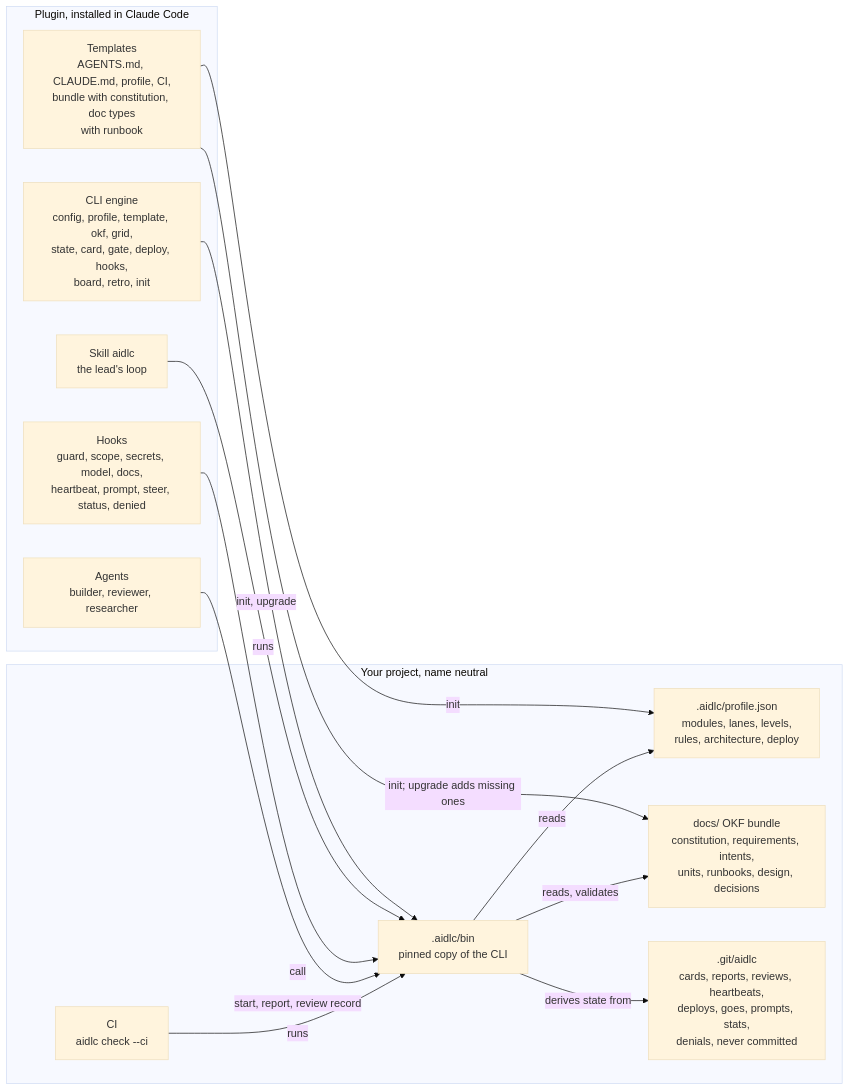
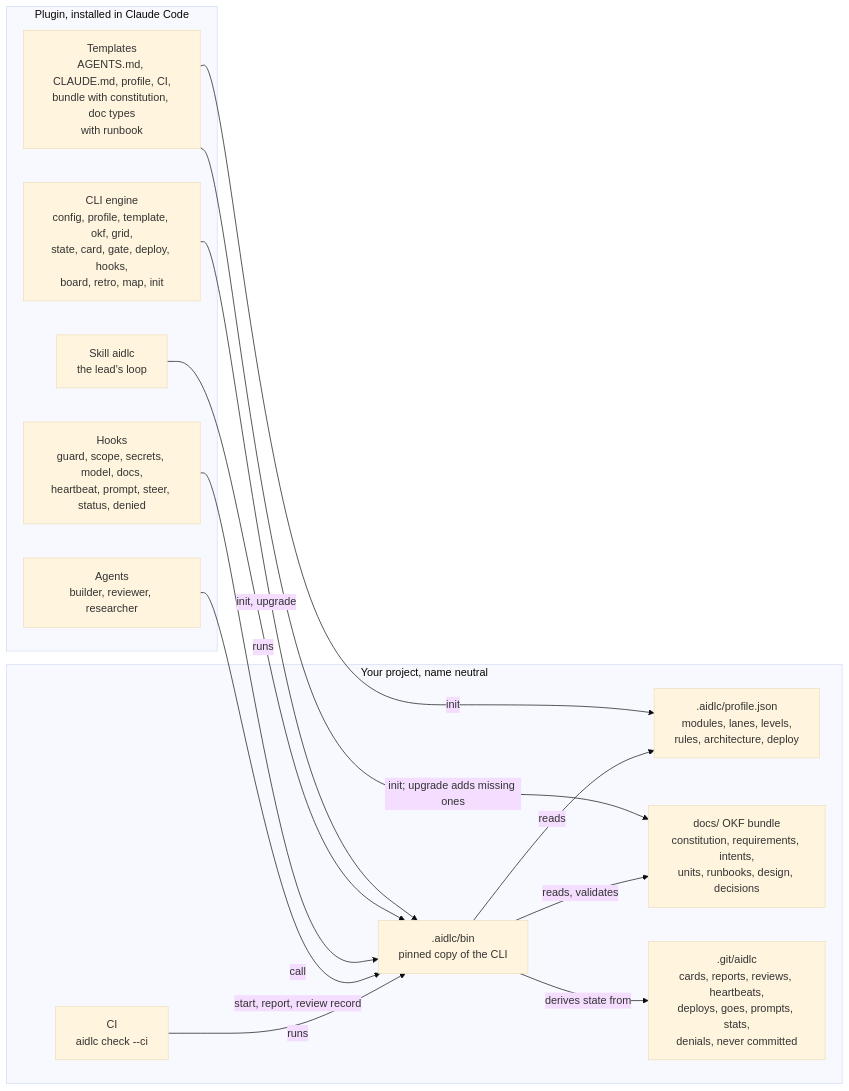
Before and after one commit to Scrollout/aidlc-team-plugin: the second of 2 diagrams in README.md, drawn with Mermaid (base theme). The commit also changed 12 other files, not shown here.

First line of the commit message:
U88 Codebase map: aidlc map and every merge write <bundle>/codebase-map.md, the modules as a tree with their data and public paths, uncovered top folders, and module dependencies from the graph as Mermaid and a table. Release 0.93.0.

````diff
--- a/README.md
+++ b/README.md
@@ -76,29 +76,29 @@
 ```mermaid
 flowchart LR
   subgraph plugin["Plugin, installed in Claude Code"]
     skill["Skill aidlc<br/>the lead's loop"]
     agents["Agents<br/>builder, reviewer, researcher"]
     hooks["Hooks<br/>guard, scope, secrets, model, docs,<br/>heartbeat, prompt, steer, status, denied"]
-    cli["CLI engine<br/>config, profile, template, okf, grid,<br/>state, card, gate, deploy, hooks,<br/>board, retro, init"]
+    cli["CLI engine<br/>config, profile, template, okf, grid,<br/>state, card, gate, deploy, hooks,<br/>board, retro, map, init"]
     templates["Templates<br/>AGENTS.md, CLAUDE.md, profile, CI,<br/>bundle with constitution, doc types<br/>with runbook"]
   end
 
   subgraph project["Your project, name neutral"]
     profile[".aidlc/profile.json<br/>modules, lanes, levels,<br/>rules, architecture, deploy"]
     bin[".aidlc/bin<br/>pinned copy of the CLI"]
     docs["docs/ OKF bundle<br/>constitution, requirements, intents,<br/>units, runbooks, design, decisions"]
     runtime[".git/aidlc<br/>cards, reports, reviews, heartbeats,<br/>deploys, goes, prompts, stats,<br/>denials, never committed"]
     ci["CI<br/>aidlc check --ci"]
   end
 
   templates -- "init" --> profile
   templates -- "init; upgrade adds missing ones" --> docs
   cli -- "init, upgrade" --> bin
   skill -- "runs" --> bin
   hooks -- "call" --> bin
   agents -- "start, report, review record" --> bin
   ci -- "runs" --> bin
   bin -- "reads, validates" --> docs
   bin -- "reads" --> profile
   bin -- "derives state from" --> runtime
 ```
````
